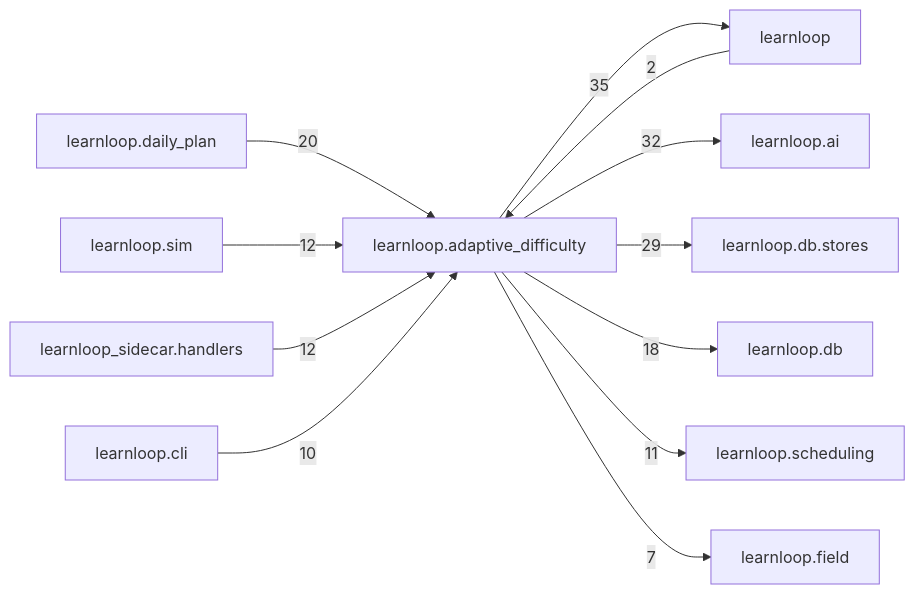
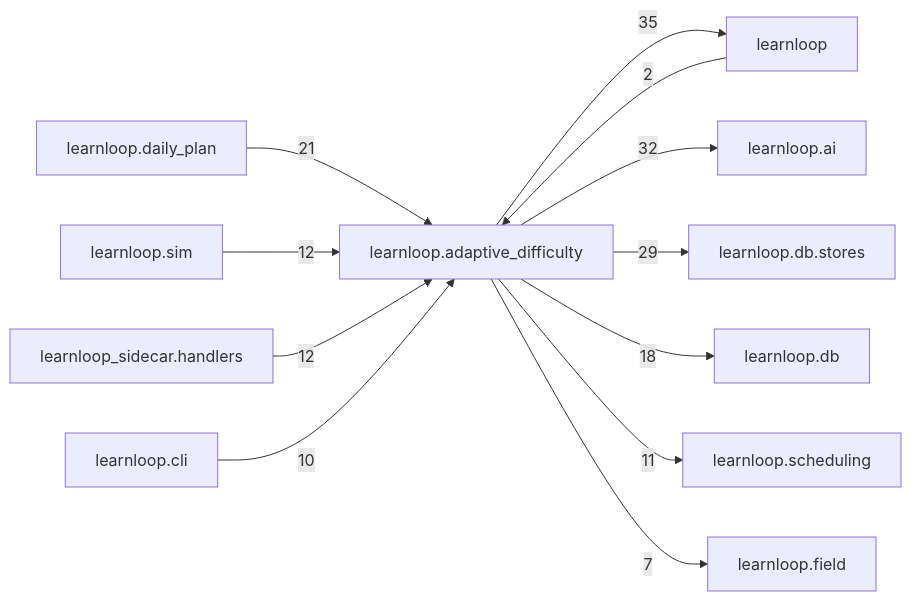
One commit to 6up-b/learnanything changed the diagram in docs/learnloop-architecture-vault/Reference/Modules/learnloop/adaptive_difficulty/_package.md. Above: the diagram before and after it, drawn with Mermaid. The commit also changed other lines of this file and 48 other files, not shown here.

````diff
--- a/docs/learnloop-architecture-vault/Reference/Modules/learnloop/adaptive_difficulty/_package.md
+++ b/docs/learnloop-architecture-vault/Reference/Modules/learnloop/adaptive_difficulty/_package.md
@@ -185,25 +185,25 @@
 ```mermaid
 flowchart LR
     center["learnloop.adaptive_difficulty"]
     n_learnloop["learnloop"]
     n_learnloop_ai["learnloop.ai"]
     n_learnloop_db_stores["learnloop.db.stores"]
     n_learnloop_daily_plan["learnloop.daily_plan"]
     n_learnloop_db["learnloop.db"]
     n_learnloop_sim["learnloop.sim"]
     n_learnloop_sidecar_handlers["learnloop_sidecar.handlers"]
     n_learnloop_scheduling["learnloop.scheduling"]
     n_learnloop_cli["learnloop.cli"]
     n_learnloop_field["learnloop.field"]
     n_learnloop -->|2| center
     center -->|35| n_learnloop
     center -->|32| n_learnloop_ai
     center -->|29| n_learnloop_db_stores
-    n_learnloop_daily_plan -->|20| center
+    n_learnloop_daily_plan -->|21| center
     center -->|18| n_learnloop_db
     n_learnloop_sim -->|12| center
     n_learnloop_sidecar_handlers -->|12| center
     center -->|11| n_learnloop_scheduling
     n_learnloop_cli -->|10| center
     center -->|7| n_learnloop_field
 ```
````
